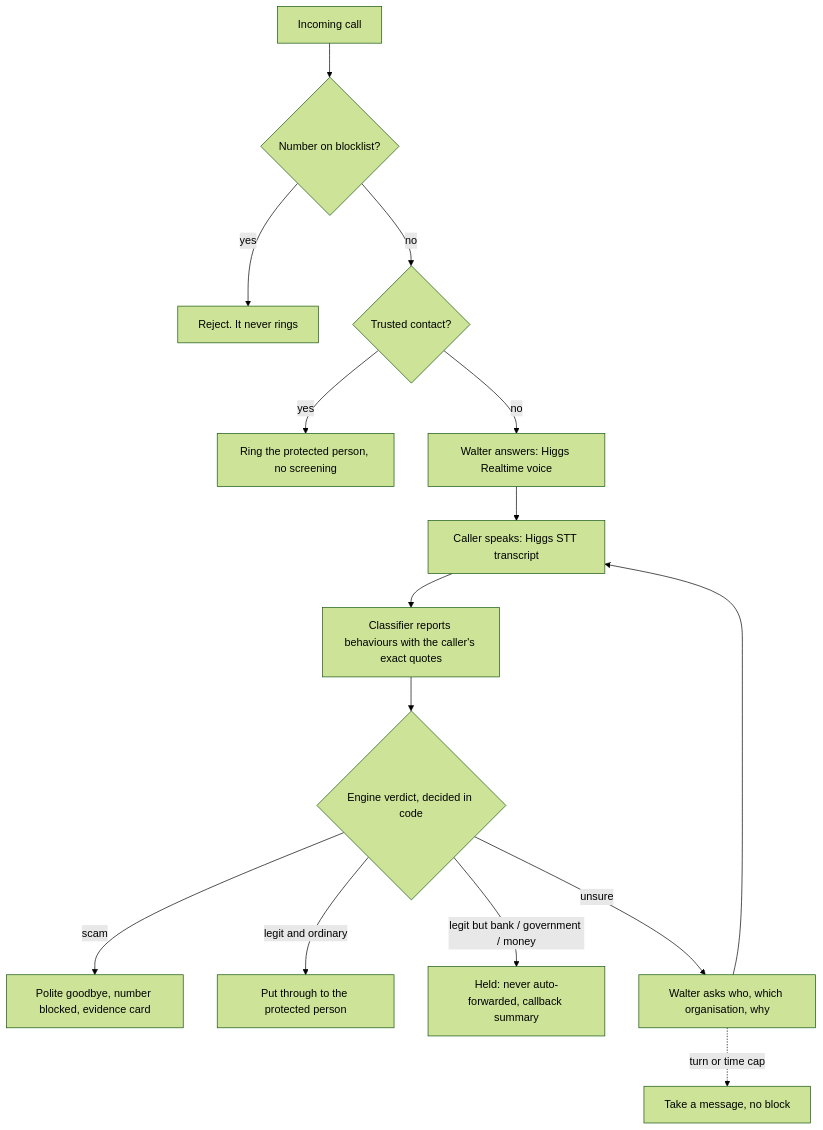
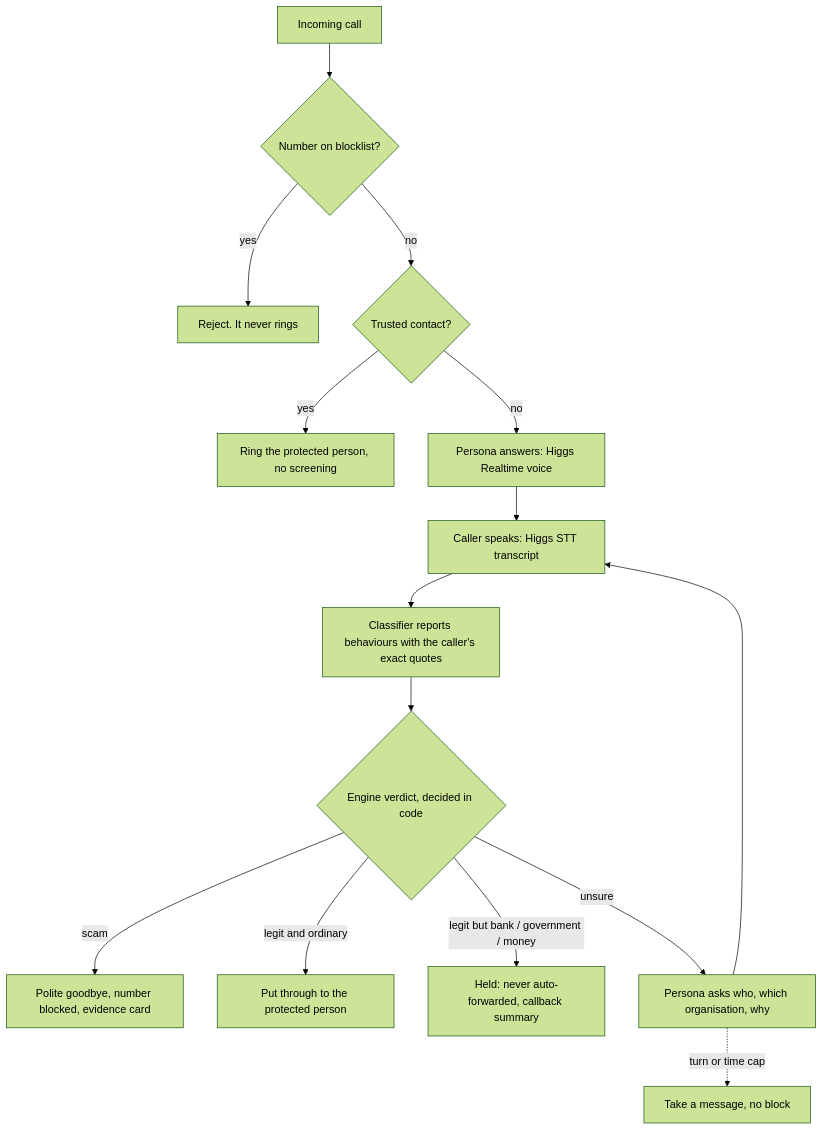
Before and after one commit to AlexanderMenassa/BosonAI-Hackathon: the diagram in README.md, drawn with Mermaid (forest theme). The commit also changed other lines of this file and 8 other files, not shown here.

````diff
--- a/README.md
+++ b/README.md
@@ -11,17 +11,17 @@
 ```mermaid
 flowchart TD
     A[Incoming call] --> B{Number on blocklist?}
     B -->|yes| R[Reject. It never rings]
     B -->|no| C{Trusted contact?}
     C -->|yes| F[Ring the protected person, no screening]
-    C -->|no| W[Walter answers: Higgs Realtime voice]
+    C -->|no| W[Persona answers: Higgs Realtime voice]
     W --> T[Caller speaks: Higgs STT transcript]
     T --> K[Classifier reports behaviours with the caller's exact quotes]
     K --> V{Engine verdict, decided in code}
     V -->|scam| S[Polite goodbye, number blocked, evidence card]
     V -->|legit and ordinary| H[Put through to the protected person]
     V -->|legit but bank / government / money| HD[Held: never auto-forwarded, callback summary]
-    V -->|unsure| Q[Walter asks who, which organisation, why]
+    V -->|unsure| Q[Persona asks who, which organisation, why]
     Q --> T
     Q -.->|turn or time cap| M[Take a message, no block]
 ```
````
